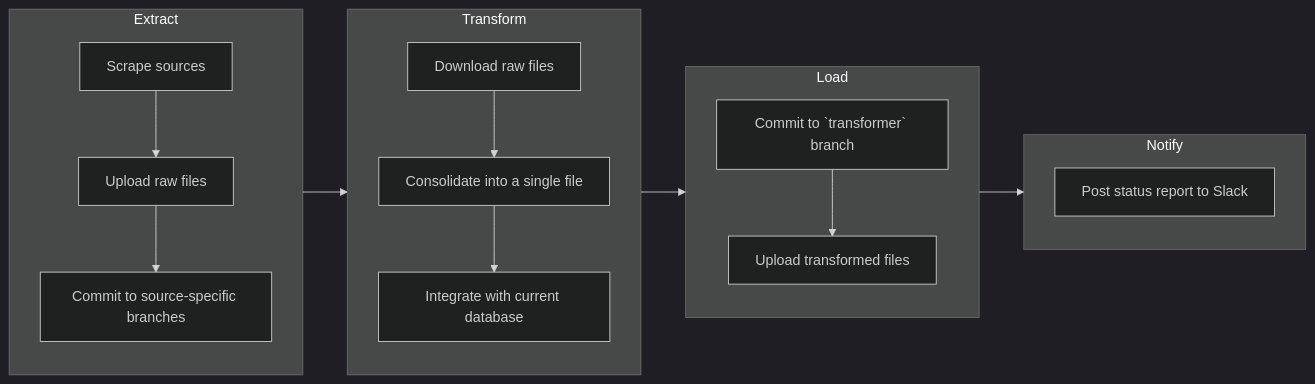
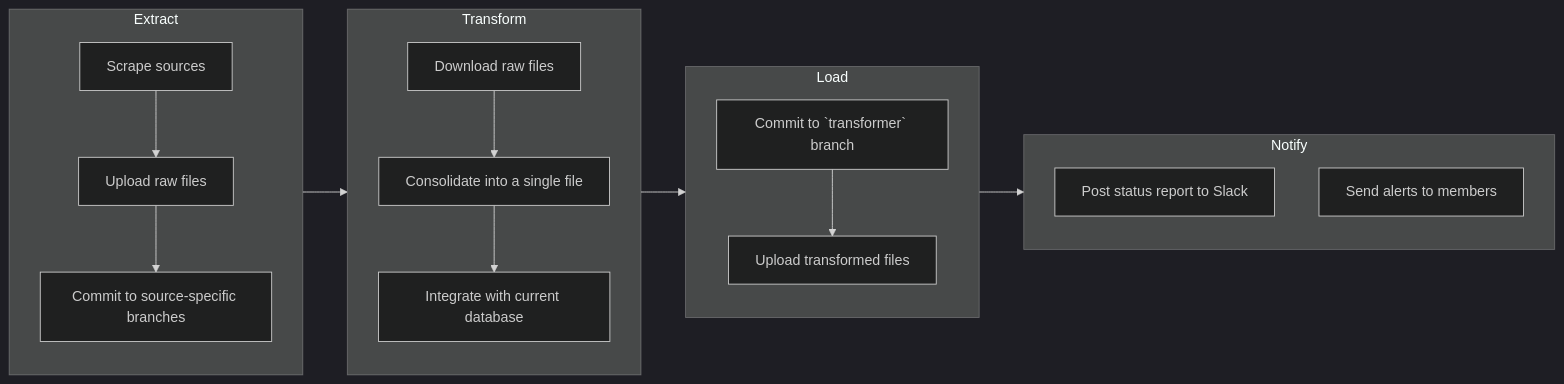
The diagram in README.md (biglocalnews/warn-github-flow), drawn with Mermaid (dark theme) before and after one commit.

````diff
--- a/README.md
+++ b/README.md
@@ -12,20 +12,21 @@
 ```mermaid
 flowchart LR
     subgraph Extract
     A[Scrape sources] --> B[Upload raw files]
     B --> C[Commit to source-specific branches]
     end
     subgraph Transform
     D[Download raw files] --> E[Consolidate into a single file]
     E --> F[Integrate with current database]
     end
     subgraph Load
     H[Commit to `transformer` branch] --> I[Upload transformed files]
     end
     subgraph Notify
     J[Post status report to Slack]
+    L[Send alerts to members]
     end
     Extract --> Transform
     Transform --> Load
     Load --> Notify
 ```
````
